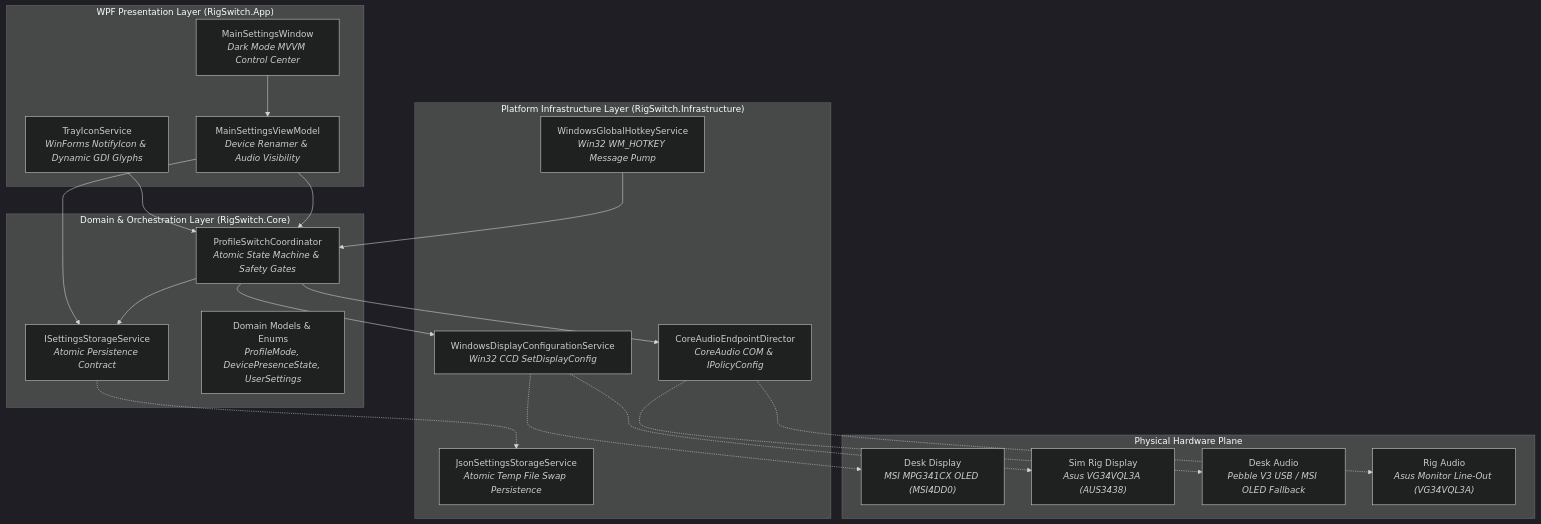
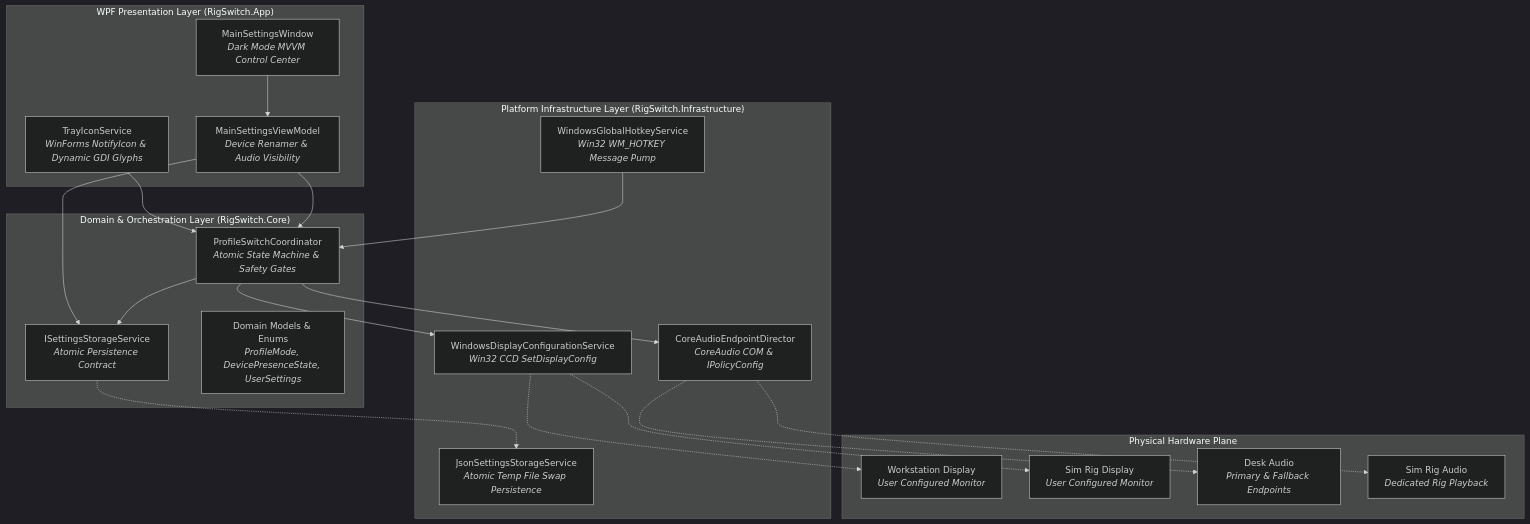
The first of 2 diagrams in ARCHITECTURE.md (spelech/RigSwitch), drawn with Mermaid (dark theme) before and after one commit. The commit also changed other lines of this file and 11 other files, not shown here.

````diff
--- a/ARCHITECTURE.md
+++ b/ARCHITECTURE.md
@@ -35,43 +35,43 @@
 ```mermaid
 flowchart TD
     subgraph UI_Layer["WPF Presentation Layer (RigSwitch.App)"]
         Tray["TrayIconService<br/><i>WinForms NotifyIcon & Dynamic GDI Glyphs</i>"]
         Window["MainSettingsWindow<br/><i>Dark Mode MVVM Control Center</i>"]
         VM["MainSettingsViewModel<br/><i>Device Renamer & Audio Visibility</i>"]
         Window --> VM
     end
 
     subgraph Core_Layer["Domain & Orchestration Layer (RigSwitch.Core)"]
         Coordinator["ProfileSwitchCoordinator<br/><i>Atomic State Machine & Safety Gates</i>"]
         StorageContract["ISettingsStorageService<br/><i>Atomic Persistence Contract</i>"]
         DomainModels["Domain Models & Enums<br/><i>ProfileMode, DevicePresenceState, UserSettings</i>"]
     end
 
     subgraph Infra_Layer["Platform Infrastructure Layer (RigSwitch.Infrastructure)"]
         CcdService["WindowsDisplayConfigurationService<br/><i>Win32 CCD SetDisplayConfig</i>"]
         AudioDirector["CoreAudioEndpointDirector<br/><i>CoreAudio COM & IPolicyConfig</i>"]
         HotkeyService["WindowsGlobalHotkeyService<br/><i>Win32 WM_HOTKEY Message Pump</i>"]
         JsonStorage["JsonSettingsStorageService<br/><i>Atomic Temp File Swap Persistence</i>"]
     end
 
     subgraph Hardware_Plane["Physical Hardware Plane"]
-        DeskDisplay["Desk Display<br/><i>MSI MPG341CX OLED (MSI4DD0)</i>"]
-        RigDisplay["Sim Rig Display<br/><i>Asus VG34VQL3A (AUS3438)</i>"]
-        DeskAudio["Desk Audio<br/><i>Pebble V3 USB / MSI OLED Fallback</i>"]
-        RigAudio["Rig Audio<br/><i>Asus Monitor Line-Out (VG34VQL3A)</i>"]
+        DeskDisplay["Workstation Display<br/><i>User Configured Monitor</i>"]
+        RigDisplay["Sim Rig Display<br/><i>User Configured Monitor</i>"]
+        DeskAudio["Desk Audio<br/><i>Primary & Fallback Endpoints</i>"]
+        RigAudio["Sim Rig Audio<br/><i>Dedicated Rig Playback</i>"]
     end
 
     Tray --> Coordinator
     VM --> Coordinator
     VM --> StorageContract
     Coordinator --> StorageContract
     Coordinator --> CcdService
     Coordinator --> AudioDirector
     HotkeyService --> Coordinator
     StorageContract -.-> JsonStorage
 
     CcdService -.-> DeskDisplay
     CcdService -.-> RigDisplay
     AudioDirector -.-> DeskAudio
     AudioDirector -.-> RigAudio
 ```
````
